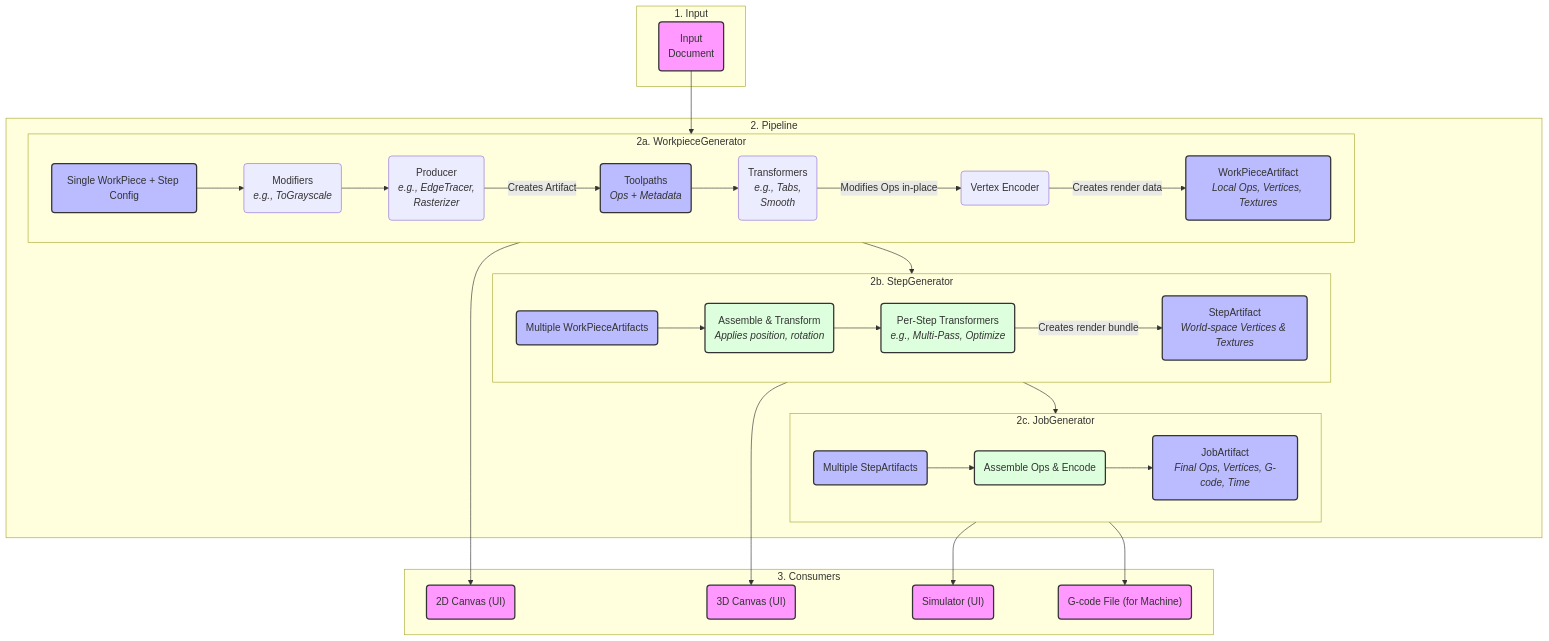
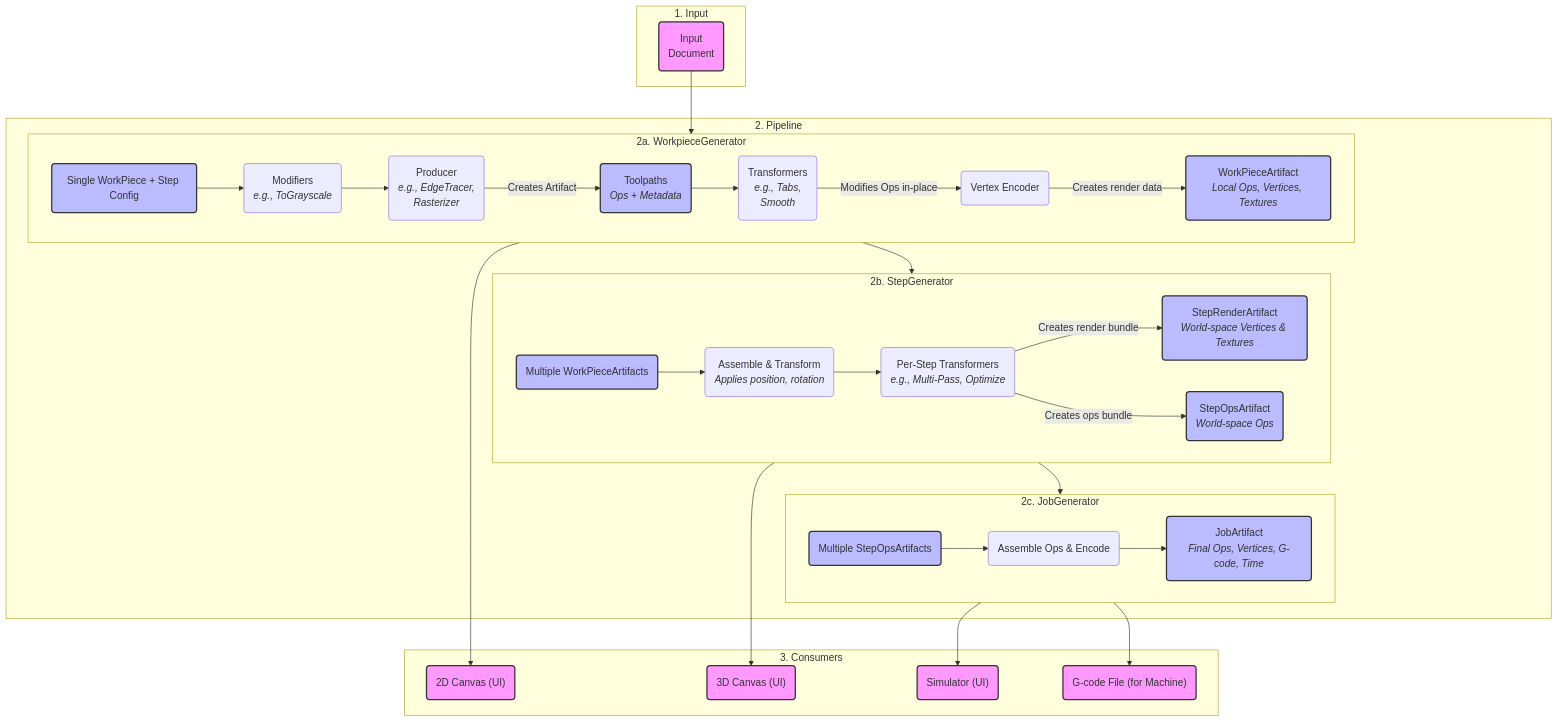
Before and after one commit to yuri-schmaltz/my-rayforge: the diagram in website/content/docs/developer/pipeline.md, drawn with Mermaid. The commit also changed other lines of this file and 23 other files, not shown here.

Commit message:
refactor: split  StepArtifact into StepRenderArtifact and StepOpsArtifact for more efficient UI updates

````diff
--- a/website/content/docs/developer/pipeline.md
+++ b/website/content/docs/developer/pipeline.md
@@ -7,56 +7,55 @@
 ```mermaid
 graph TD
     subgraph "1. Input"
         Input("Input<br/>Document")
     end
 
     subgraph "2. Pipeline"
         subgraph "2a. WorkpieceGenerator"
             direction LR
             A(Single WorkPiece + Step Config);
             A --> B(Modifiers<br/><i>e.g., ToGrayscale</i>);
             B --> C(Producer<br/><i>e.g., EdgeTracer,<br/>Rasterizer</i>);
             C -- "Creates Artifact" --> D("Toolpaths<br/><i>Ops + Metadata</i>");
             D --> E(Transformers<br/><i>e.g., Tabs,<br/>Smooth</i>);
             E -- "Modifies Ops in-place" --> F(Vertex Encoder);
             F -- "Creates render data" --> G("WorkPieceArtifact<br/><i>Local Ops, Vertices, Textures</i>");
         end
 
         subgraph "2b. StepGenerator"
             direction LR
             H("Multiple WorkPieceArtifacts");
             H --> I(Assemble & Transform<br/><i>Applies position, rotation</i>);
             I --> J(Per-Step Transformers<br/><i>e.g., Multi-Pass, Optimize</i>);
-            J -- "Creates render bundle" --> K("StepArtifact<br/><i>World-space Vertices & Textures</i>")
+            J -- "Creates render bundle" --> K("StepRenderArtifact<br/><i>World-space Vertices & Textures</i>")
+            J -- "Creates ops bundle" --> L("StepOpsArtifact<br/><i>World-space Ops</i>")
         end
 
         subgraph "2c. JobGenerator"
             direction LR
-            L("Multiple StepArtifacts");
-            L --> M(Assemble Ops & Encode);
-            M --> N("JobArtifact<br/><i>Final Ops, Vertices, G-code, Time</i>");
+            M("Multiple StepOpsArtifacts");
+            M --> N(Assemble Ops & Encode);
+            N --> O("JobArtifact<br/><i>Final Ops, Vertices, G-code, Time</i>");
         end
     end
 
     subgraph "3. Consumers"
         Vis2D("2D Canvas (UI)")
         Vis3D("3D Canvas (UI)")
         Simulator("Simulator (UI)")
         File("G-code File (for Machine)")
     end
 
     Input --> A;
     G --> H;
     G --> Vis2D;
-    K --> L;
     K --> Vis3D;
-    N --> Simulator;
-    N --> File;
+    L --> M;
+    O --> Simulator;
+    O --> File;
 
     classDef io fill:#f9f,stroke:#333,stroke-width:2px;
     classDef output fill:#bbf,stroke:#333,stroke-width:2px,max-width:500px;
-    classDef highlight fill:#dfd,stroke:#333,stroke-width:2px;
     class Input,Vis2D,Vis3D,Simulator,File io;
-    class A,D,G,H,K,L,N output;
-    class I,J,M highlight
+    class A,D,G,H,K,L,M,O output;
 ```
````
